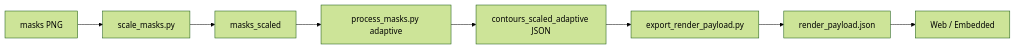
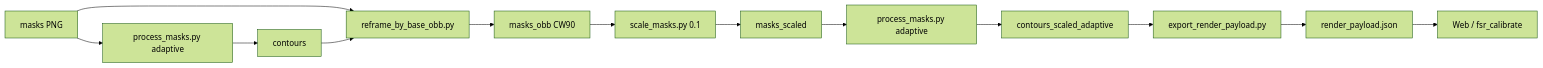
One commit to Junble19768/Magic-Insoles changed the diagram in tools/insoles-boundary/docs/memories/systemPatterns.md. Above: the diagram before and after it, drawn with Mermaid (forest theme). The commit also changed other lines of this file and 114 other files, not shown here.

````diff
--- a/tools/insoles-boundary/docs/memories/systemPatterns.md
+++ b/tools/insoles-boundary/docs/memories/systemPatterns.md
@@ -7,10 +7,15 @@
 ```mermaid
 flowchart LR
-    masks[masks PNG] --> scale[scale_masks.py]
+    src[masks PNG] --> fit1[process_masks.py adaptive]
+    fit1 --> contours[contours]
+    src --> reframe[reframe_by_base_obb.py]
+    contours --> reframe
+    reframe --> masks_obb[masks_obb CW90]
+    masks_obb --> scale[scale_masks.py 0.1]
     scale --> masks_scaled[masks_scaled]
-    masks_scaled --> fit[process_masks.py adaptive]
-    fit --> contours[contours_scaled_adaptive JSON]
-    contours --> export[export_render_payload.py]
+    masks_scaled --> fit2[process_masks.py adaptive]
+    fit2 --> contours_adaptive[contours_scaled_adaptive]
+    contours_adaptive --> export[export_render_payload.py]
     export --> payload[render_payload.json]
-    payload --> consumer[Web / Embedded]
+    payload --> consumer[Web / fsr_calibrate]
 ```
````
